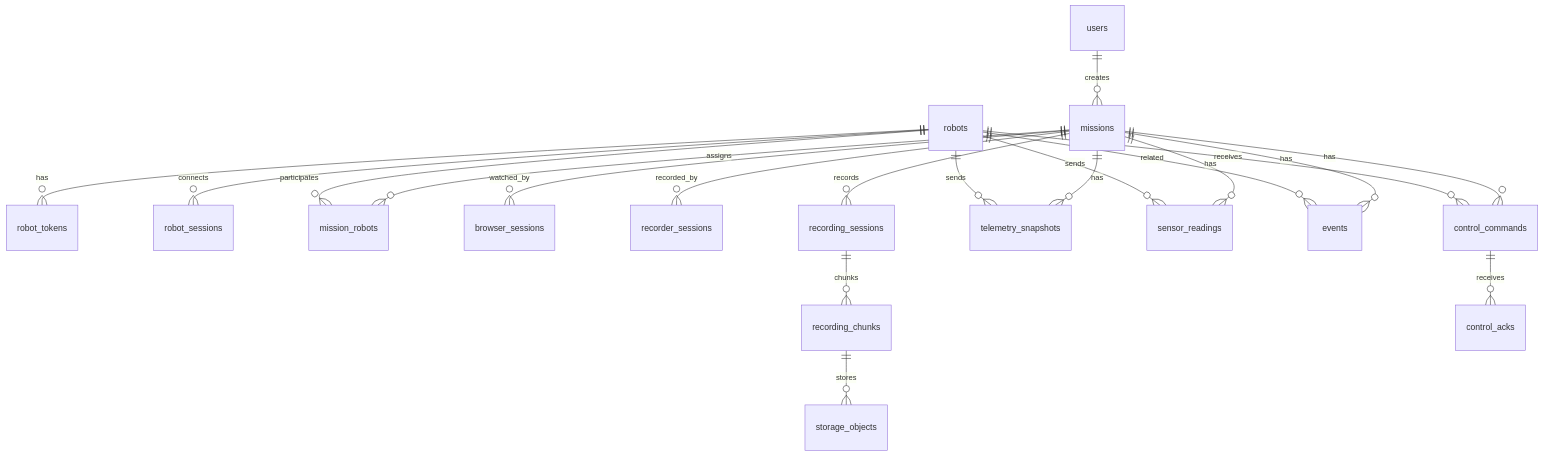
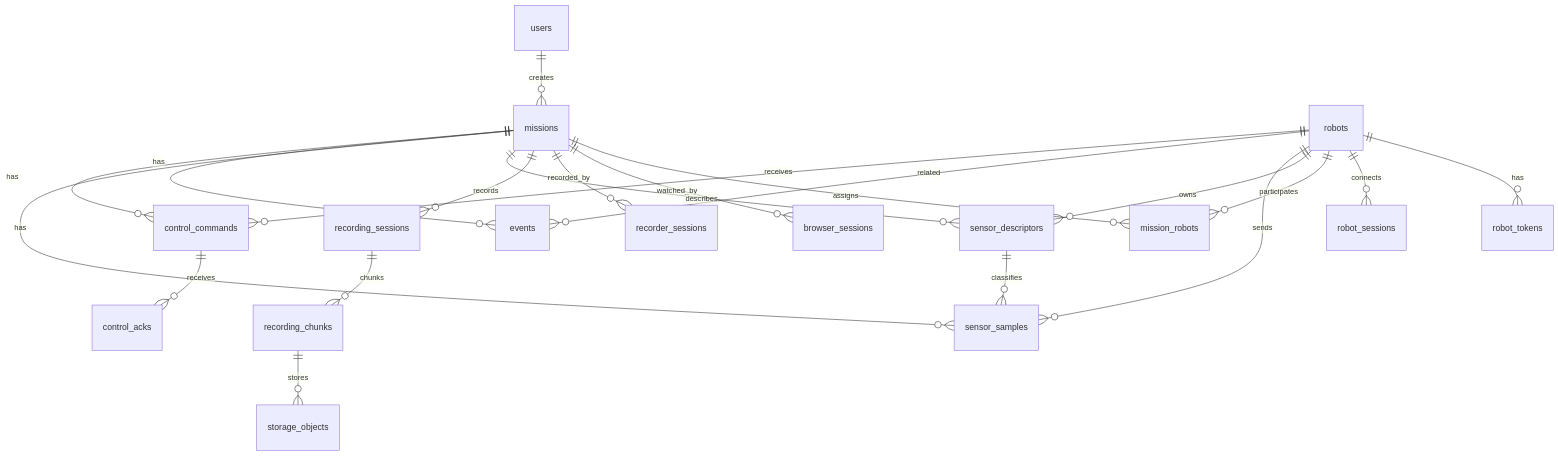
The diagram in docs/appendix/data-storage.md (dhkimxx/robot-center), drawn with Mermaid before and after one commit. The commit also changed other lines of this file and 35 other files, not shown here.

````diff
--- a/docs/appendix/data-storage.md
+++ b/docs/appendix/data-storage.md
@@ -60,25 +60,26 @@
 ```mermaid
 erDiagram
   users ||--o{ missions : creates
   robots ||--o{ robot_tokens : has
   robots ||--o{ robot_sessions : connects
   missions ||--o{ mission_robots : assigns
   robots ||--o{ mission_robots : participates
 
   missions ||--o{ browser_sessions : watched_by
   missions ||--o{ recorder_sessions : recorded_by
   missions ||--o{ recording_sessions : records
   recording_sessions ||--o{ recording_chunks : chunks
   recording_chunks ||--o{ storage_objects : stores
 
-  missions ||--o{ telemetry_snapshots : has
-  robots ||--o{ telemetry_snapshots : sends
-  missions ||--o{ sensor_readings : has
-  robots ||--o{ sensor_readings : sends
+  missions ||--o{ sensor_descriptors : describes
+  robots ||--o{ sensor_descriptors : owns
+  missions ||--o{ sensor_samples : has
+  robots ||--o{ sensor_samples : sends
+  sensor_descriptors ||--o{ sensor_samples : classifies
 
   missions ||--o{ events : has
   robots ||--o{ events : related
   missions ||--o{ control_commands : has
   robots ||--o{ control_commands : receives
   control_commands ||--o{ control_acks : receives
 ```
````
